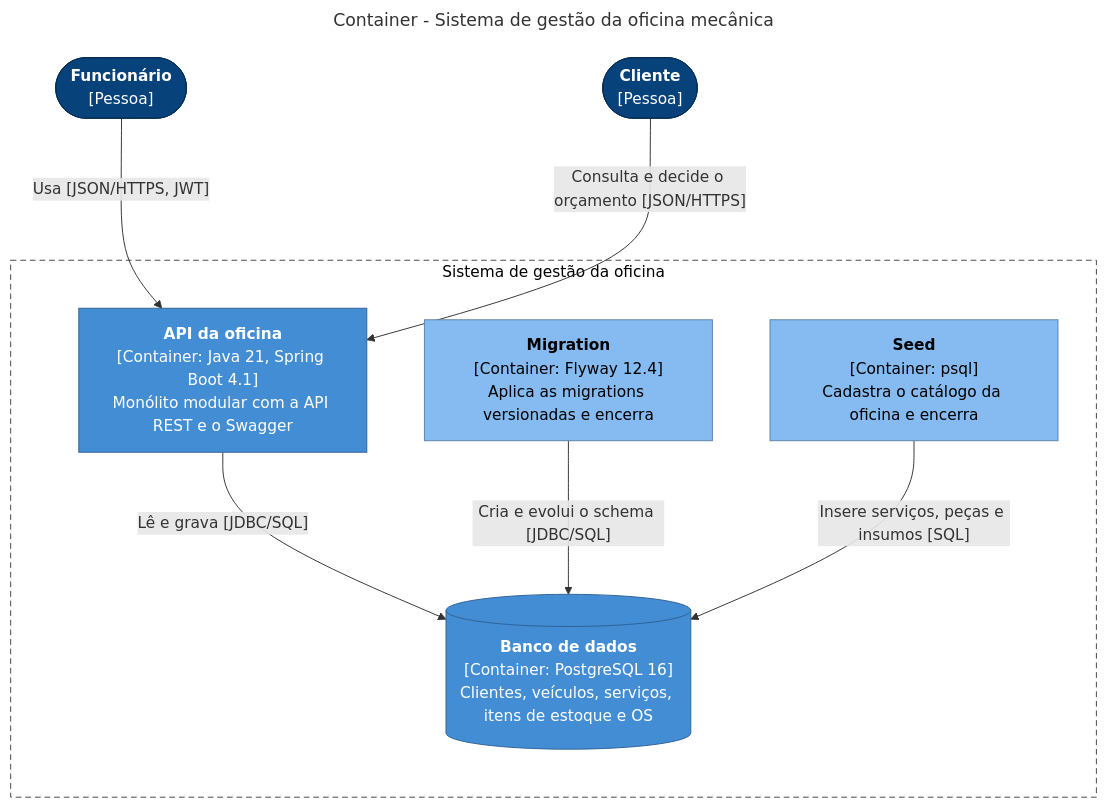
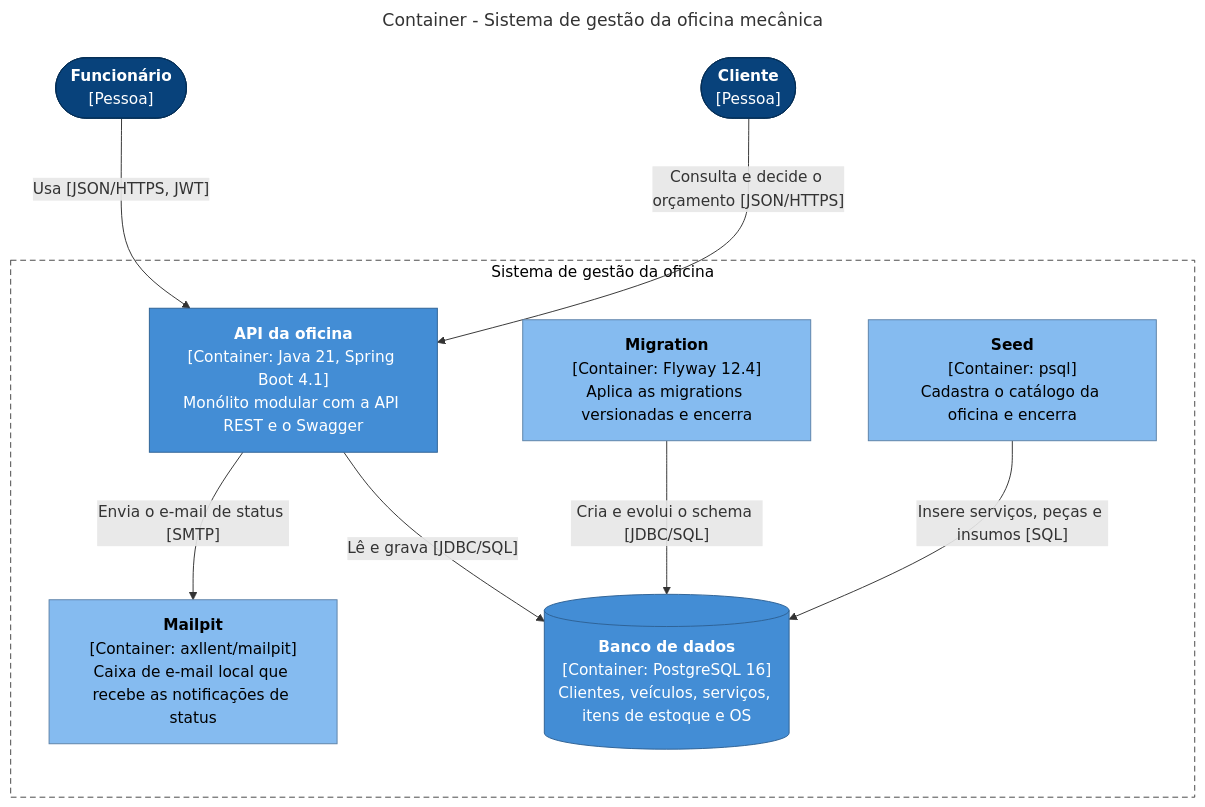
The diagram in docs/ddd/c4/modelo-container.md (raffharah/tech-challenge-oficina), drawn with Mermaid before and after one commit. The commit also changed other lines of this file and 11 other files, not shown here.

First line of the commit message:
feat(ordemservico): envia e-mail de mudanca de status depois do commit

````diff
--- a/docs/ddd/c4/modelo-container.md
+++ b/docs/ddd/c4/modelo-container.md
@@ -5,35 +5,37 @@
 ```mermaid
 ---
 title: Container - Sistema de gestão da oficina mecânica
 config:
   flowchart:
     curve: basis
     wrappingWidth: 240
     nodeSpacing: 60
     rankSpacing: 100
 ---
 flowchart TB
     funcionario(["<b>Funcionário</b><br/>[Pessoa]"])
     cliente(["<b>Cliente</b><br/>[Pessoa]"])
 
     subgraph sistema["Sistema de gestão da oficina"]
         api["<b>API da oficina</b><br/>[Container: Java 21, Spring Boot 4.1]<br/>Monólito modular com a API REST e o Swagger"]
         migration["<b>Migration</b><br/>[Container: Flyway 12.4]<br/>Aplica as migrations versionadas e encerra"]
         seed["<b>Seed</b><br/>[Container: psql]<br/>Cadastra o catálogo da oficina e encerra"]
+        mailpit["<b>Mailpit</b><br/>[Container: axllent/mailpit]<br/>Caixa de e-mail local que recebe as notificações de status"]
         bd[("<b>Banco de dados</b><br/>[Container: PostgreSQL 16]<br/>Clientes, veículos, serviços, itens de estoque e OS")]
     end
 
     funcionario -->|"Usa [JSON/HTTPS, JWT]"| api
     cliente -->|"Consulta e decide o orçamento [JSON/HTTPS]"| api
     api -->|"Lê e grava [JDBC/SQL]"| bd
+    api -->|"Envia o e-mail de status [SMTP]"| mailpit
     migration -->|"Cria e evolui o schema [JDBC/SQL]"| bd
     seed -->|"Insere serviços, peças e insumos [SQL]"| bd
 
     classDef pessoa fill:#08427b,stroke:#052e56,color:#fff
     classDef container fill:#438dd5,stroke:#2e6295,color:#fff
     classDef apoio fill:#85bbf0,stroke:#5d82a8,color:#000
     class funcionario,cliente pessoa
     class api,bd container
-    class migration,seed apoio
+    class migration,seed,mailpit apoio
     style sistema fill:#ffffff,stroke:#444,stroke-dasharray:6 4,color:#000
 ```
````
